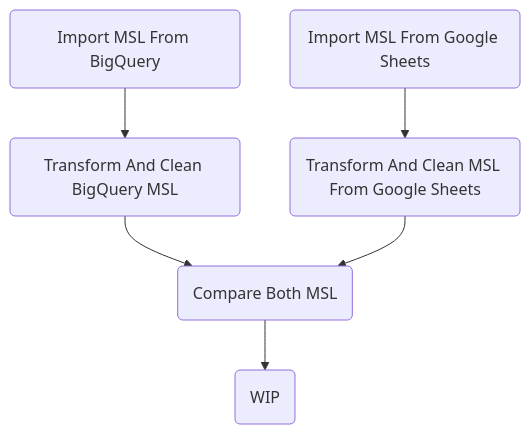
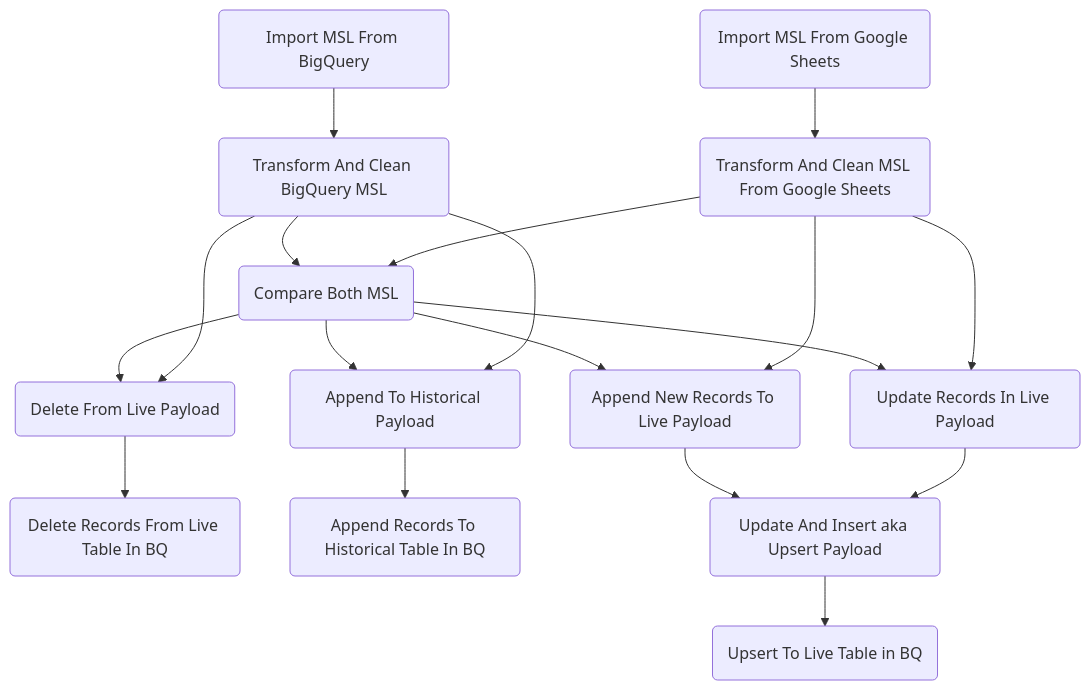
One commit to CarrierOps/1P-Wiki changed the diagram in documentation/pipelines/msl.md. Above: the diagram before and after it, drawn with Mermaid. The commit also changed 2 other files, not shown here.

Commit message:
Flowchart eits

````diff
--- a/documentation/pipelines/msl.md
+++ b/documentation/pipelines/msl.md
@@ -10,12 +10,34 @@
 ```mermaid
 flowchart TD
 id1(Import MSL From BigQuery)-->id2(Transform And Clean BigQuery MSL)
 id3(Import MSL From Google Sheets)--> id4(Transform And Clean MSL From Google Sheets)
 id2--> id5(Compare Both MSL)
 id4 -->id5
-id5 --> id6(WIP)
+id6(Delete From Live Payload)
+id7(Append To Historical Payload)
+id8(Append New Records To Live Payload)
+id9(Update Records In Live Payload)
 
 
+id5--> id6
+id5-->id7
+id5--> id8
+id5-->id9
+
+id2-->id6
+id2-->id7
+
+id4-->id8
+id4-->id9
+
+id6--> id10(Delete Records From Live Table In BQ)
+id7--> id11(Append Records To Historical Table In BQ)
+
+id12(Update And Insert aka Upsert Payload)
+id8-->id12
+id9-->id12
+
+id12--> id13(Upsert To Live Table in BQ)
 
 
 ```
````
